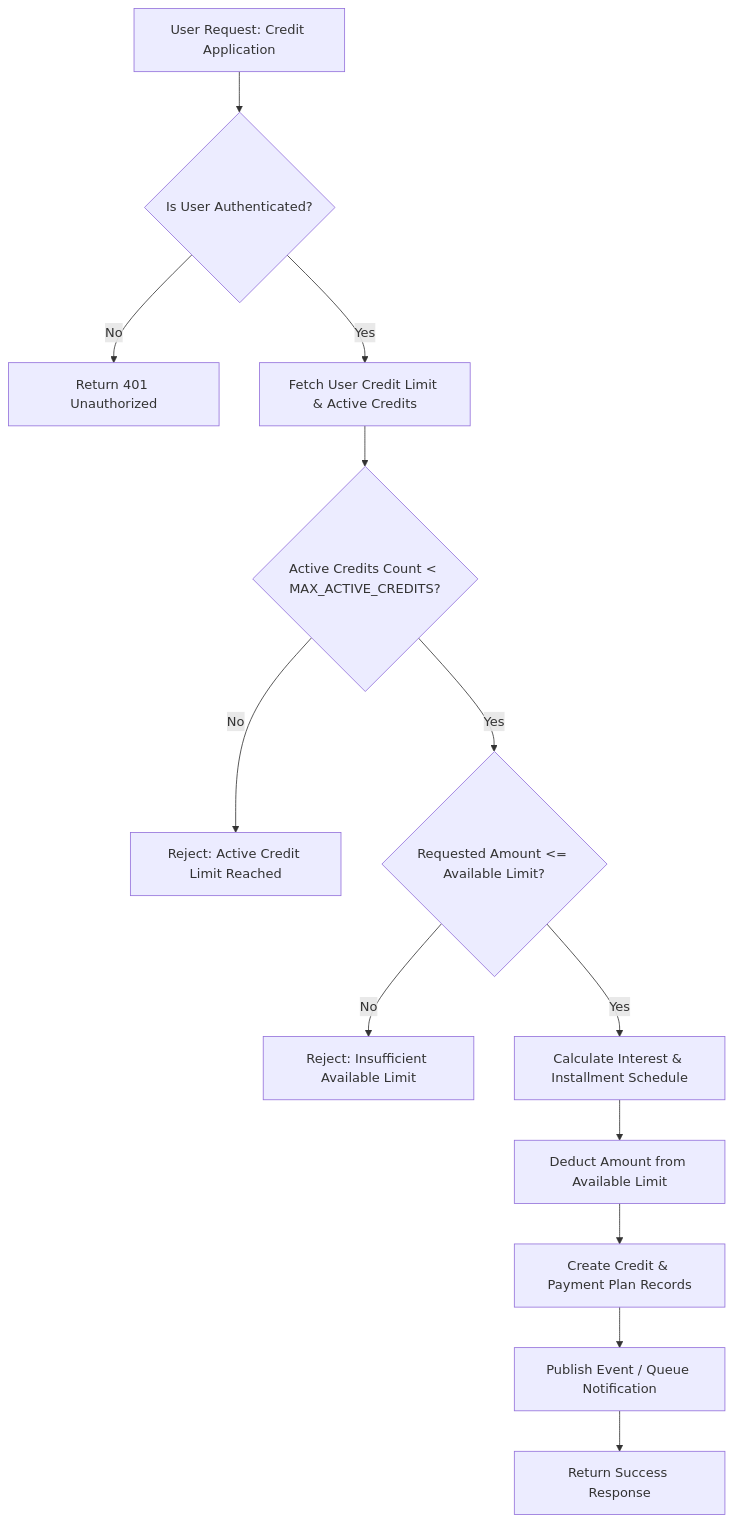
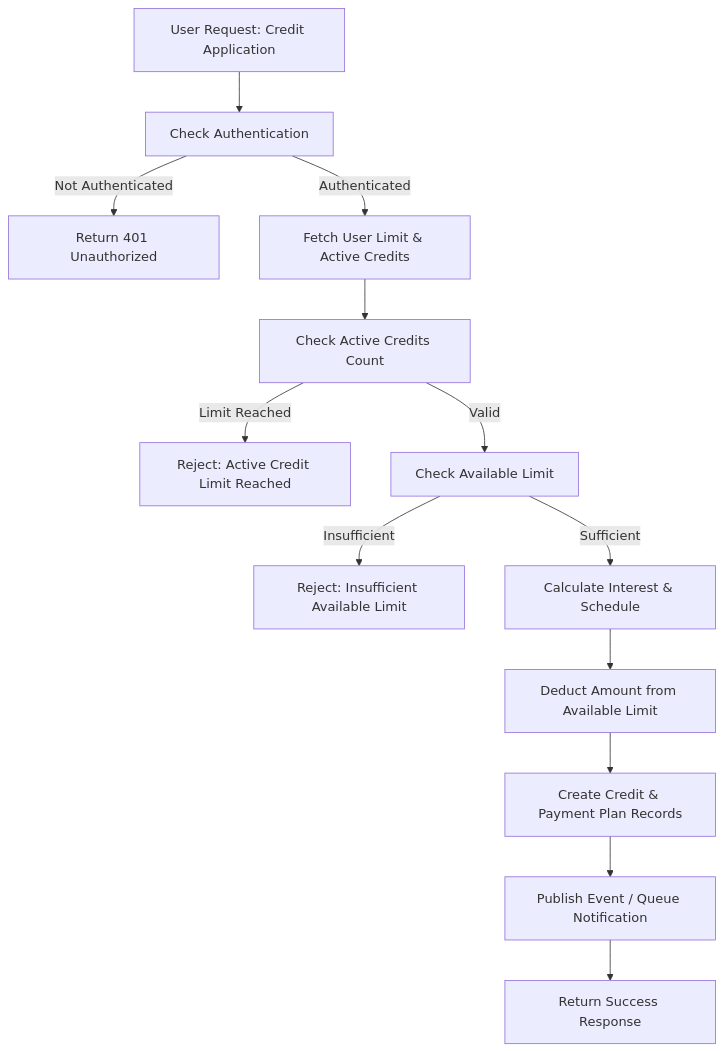
The diagram in README.md (efeyrtln1/Credit-Management-API), drawn with Mermaid before and after one commit.

Commit message:
docs: simplified mermaid diagram to prevent render issues

````diff
--- a/README.md
+++ b/README.md
@@ -11,18 +11,18 @@
 ```mermaid
 flowchart TD
-    A[User Request: Credit Application] --> B{Is User Authenticated?}
-    B -- No --> C[Return 401 Unauthorized]
-    B -- Yes --> D[Fetch User Credit Limit & Active Credits]
+    A[User Request: Credit Application] --> B[Check Authentication]
+    B -->|Not Authenticated| C[Return 401 Unauthorized]
+    B -->|Authenticated| D[Fetch User Limit & Active Credits]
 
-    D --> E{Active Credits Count < MAX_ACTIVE_CREDITS?}
-    E -- No --> F[Reject: Active Credit Limit Reached]
+    D --> E[Check Active Credits Count]
+    E -->|Limit Reached| F[Reject: Active Credit Limit Reached]
+    E -->|Valid| G[Check Available Limit]
 
-    E -- Yes --> G{Requested Amount <= Available Limit?}
-    G -- No --> H[Reject: Insufficient Available Limit]
+    G -->|Insufficient| H[Reject: Insufficient Available Limit]
+    G -->|Sufficient| I[Calculate Interest & Schedule]
 
-    G -- Yes --> I[Calculate Interest & Installment Schedule]
     I --> J[Deduct Amount from Available Limit]
     J --> K[Create Credit & Payment Plan Records]
     K --> L[Publish Event / Queue Notification]
     L --> M[Return Success Response]
 ```
````
